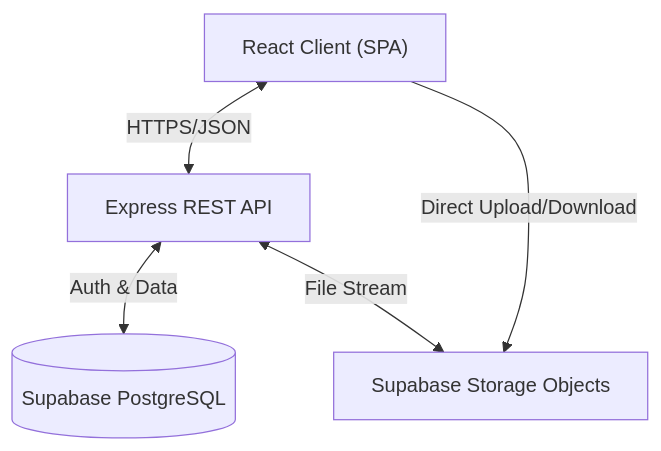
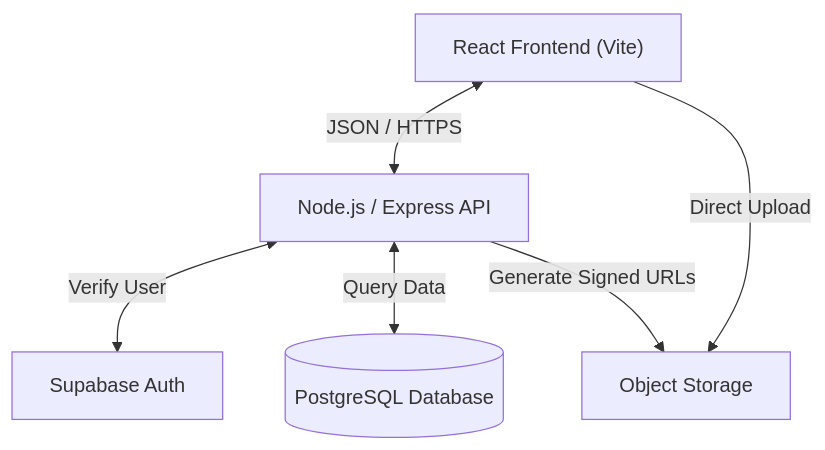
Before and after one commit to MohammedAnsari123/Project-2---Cloud-Based-storage-service---web: the second of 4 diagrams in README.md, drawn with Mermaid. The commit also changed other lines of this file, not shown here.

````diff
--- a/README.md
+++ b/README.md
@@ -43,7 +59,14 @@
 ```mermaid
 flowchart TD
-    Client["React Client (SPA)"] <-->|"HTTPS/JSON"| API["Express REST API"]
-    API <-->|"Auth & Data"| DB[("Supabase PostgreSQL")]
-    API <-->|"File Stream"| Storage["Supabase Storage Objects"]
-    Client -->|"Direct Upload/Download"| Storage
+    Client["React Frontend (Vite)"] 
+    API["Node.js / Express API"]
+    Auth["Supabase Auth"]
+    DB[("PostgreSQL Database")]
+    Storage["Object Storage"]
+
+    Client <-->|"JSON / HTTPS"| API
+    Client -->|"Direct Upload"| Storage
+    API <-->|"Verify User"| Auth
+    API <-->|"Query Data"| DB
+    API -->|"Generate Signed URLs"| Storage
 ```
````
